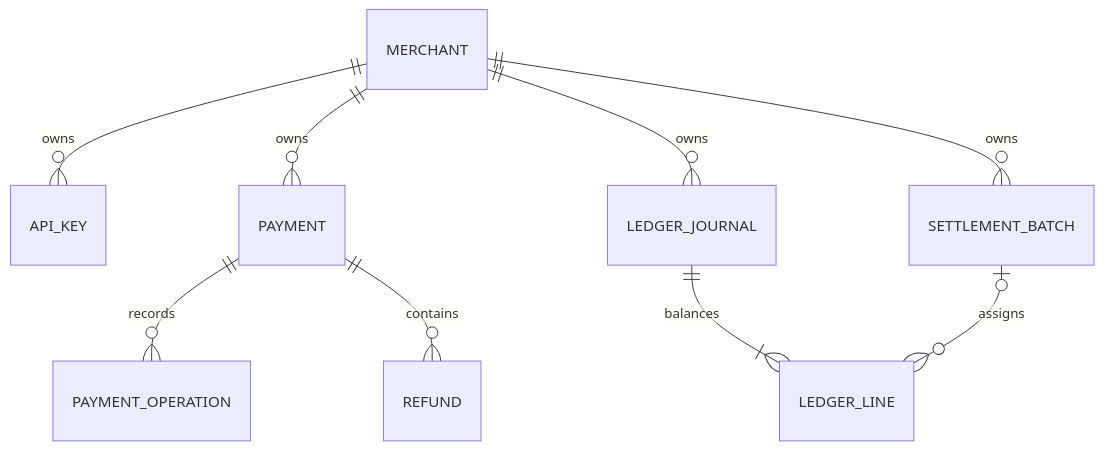
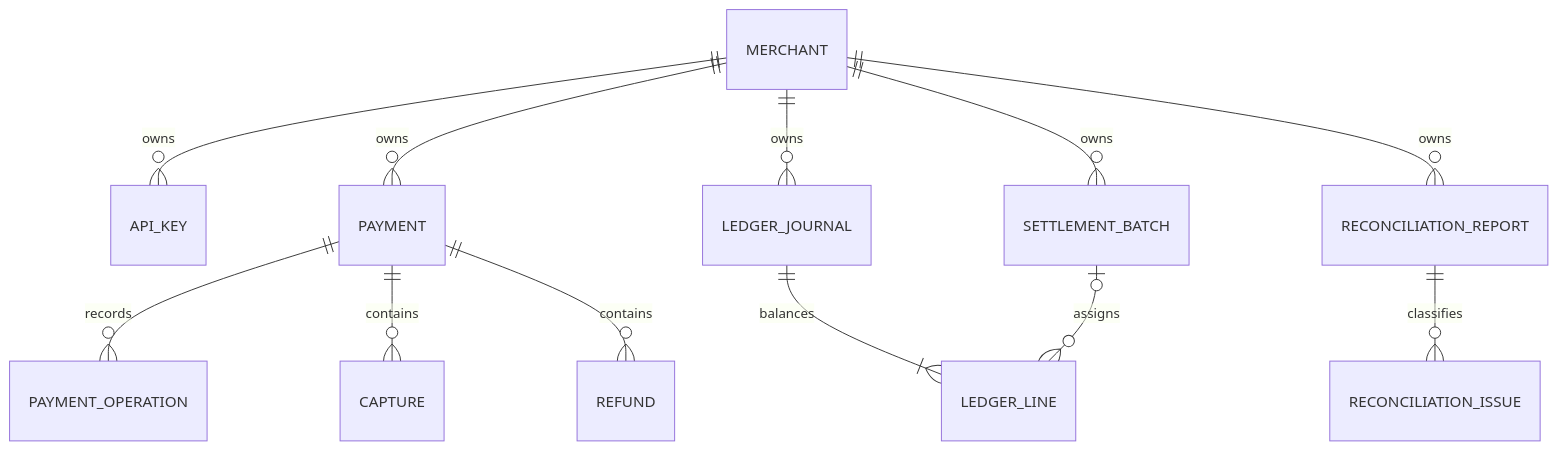
Before and after one commit to guneycangunay/SentinelPay: the second of 4 diagrams in docs/architecture.md, drawn with Mermaid. The commit also changed other lines of this file and 17 other files, not shown here.

````diff
--- a/docs/architecture.md
+++ b/docs/architecture.md
@@ -35,11 +36,14 @@
 ```mermaid
 erDiagram
     MERCHANT ||--o{ API_KEY : owns
     MERCHANT ||--o{ PAYMENT : owns
     PAYMENT ||--o{ PAYMENT_OPERATION : records
+    PAYMENT ||--o{ CAPTURE : contains
     PAYMENT ||--o{ REFUND : contains
     MERCHANT ||--o{ LEDGER_JOURNAL : owns
     LEDGER_JOURNAL ||--|{ LEDGER_LINE : balances
     MERCHANT ||--o{ SETTLEMENT_BATCH : owns
     SETTLEMENT_BATCH o|--o{ LEDGER_LINE : assigns
+    MERCHANT ||--o{ RECONCILIATION_REPORT : owns
+    RECONCILIATION_REPORT ||--o{ RECONCILIATION_ISSUE : classifies
 ```
````
